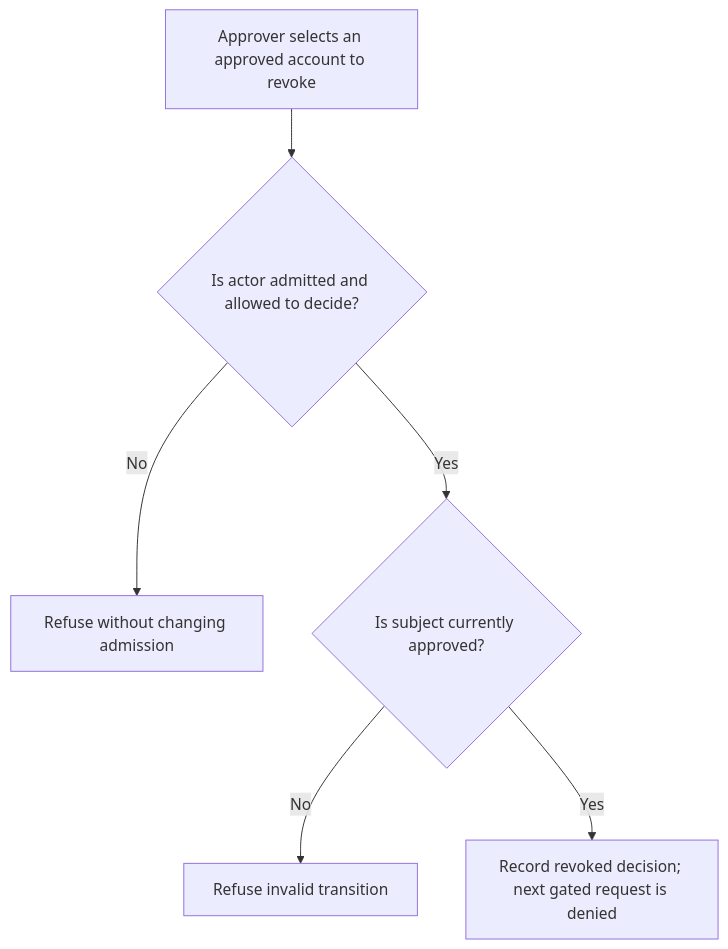
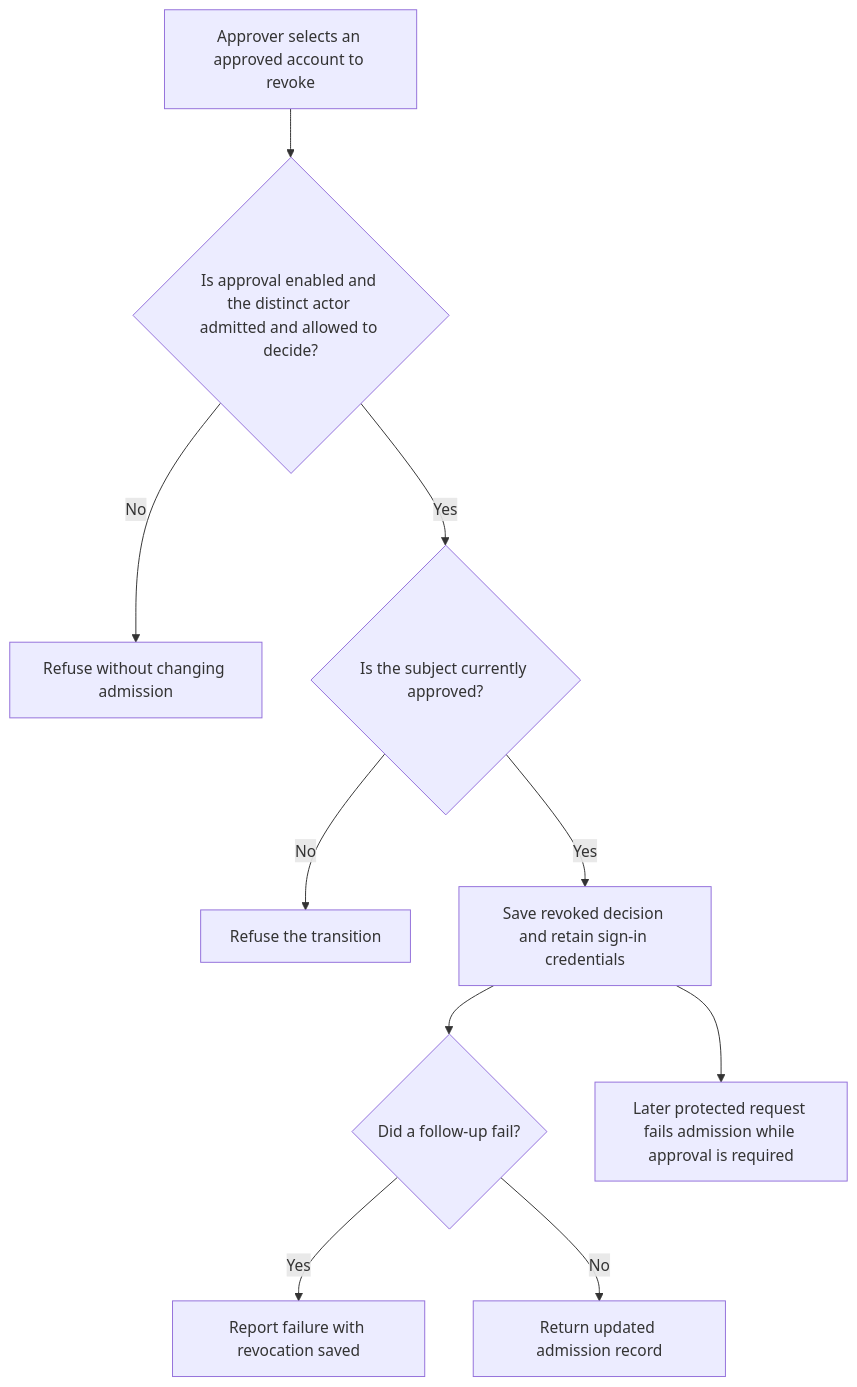
The first of 2 diagrams in user-stories/US-ACCOUNT-27-revoke-admission.md (Kevinjohn/oss-adonisjs-account-kit), drawn with Mermaid before and after one commit. The commit also changed other lines of this file and 70 other files, not shown here.

````diff
--- a/user-stories/US-ACCOUNT-27-revoke-admission.md
+++ b/user-stories/US-ACCOUNT-27-revoke-admission.md
@@ -18,8 +19,12 @@
 ```mermaid
 flowchart TD
- A["Approver selects an approved account to revoke"] --> B{"Is actor admitted and allowed to decide?"}
+ A["Approver selects an approved account to revoke"] --> B{"Is approval enabled and the distinct actor admitted and allowed to decide?"}
  B -->|No| C["Refuse without changing admission"]
- B -->|Yes| D{"Is subject currently approved?"}
- D -->|No| E["Refuse invalid transition"]
- D -->|Yes| F["Record revoked decision; next gated request is denied"]
+ B -->|Yes| D{"Is the subject currently approved?"}
+ D -->|No| E["Refuse the transition"]
+ D -->|Yes| F["Save revoked decision and retain sign-in credentials"]
+ F --> G{"Did a follow-up fail?"}
+ G -->|Yes| H["Report failure with revocation saved"]
+ G -->|No| I["Return updated admission record"]
+ F --> J["Later protected request fails admission while approval is required"]
 ```
````
